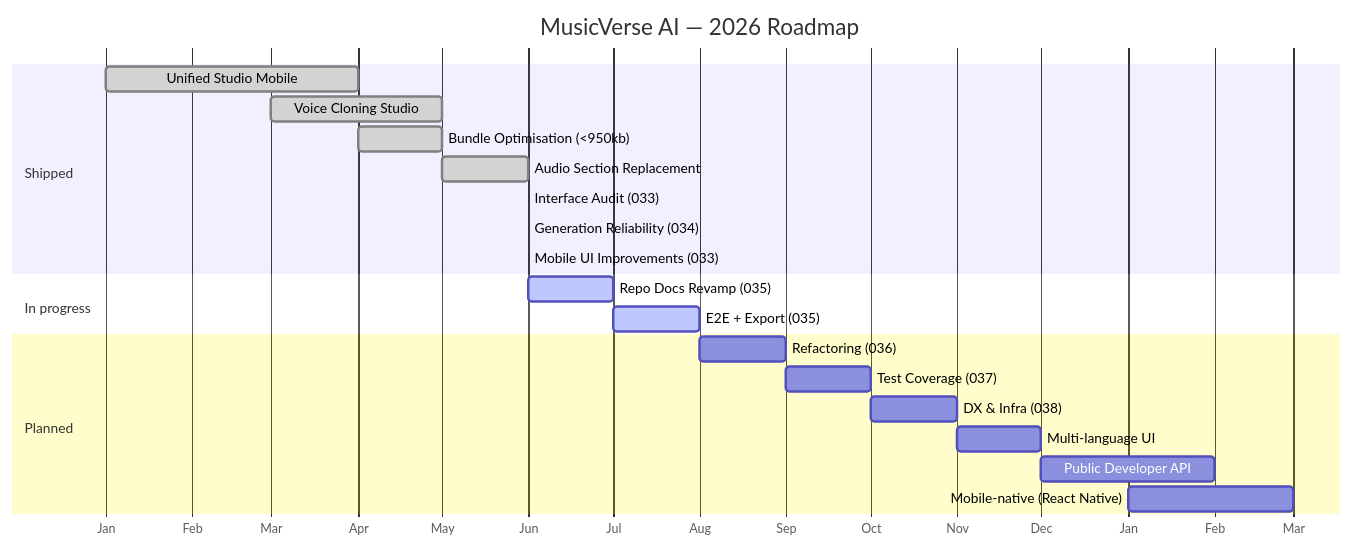
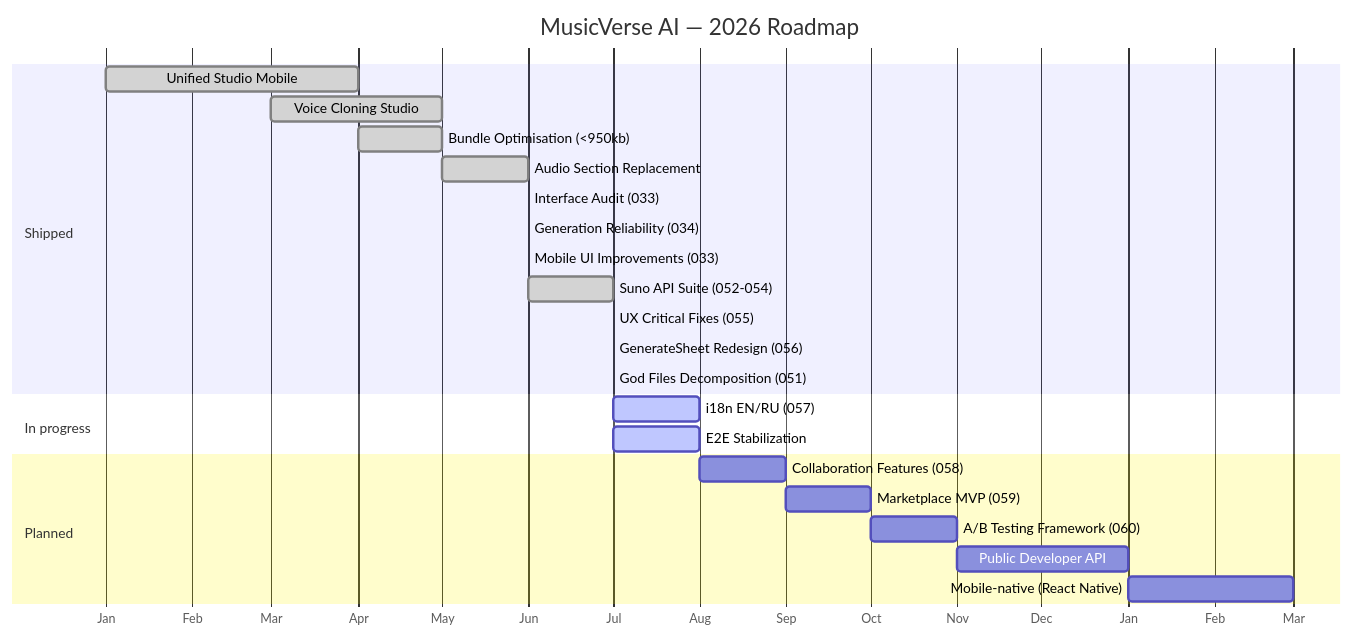
The diagram in ROADMAP.md (HOW2AI-AGENCY/aimusicverse), drawn with Mermaid before and after one commit. The commit also changed other lines of this file and 7 other files, not shown here.

Commit message:
docs: update roadmap and add i18n setup

````diff
--- a/ROADMAP.md
+++ b/ROADMAP.md
@@ -26,24 +27,27 @@
 ```mermaid
 gantt
     title MusicVerse AI — 2026 Roadmap
     dateFormat YYYY-MM
     axisFormat %b
     section Shipped
     Unified Studio Mobile        :done, 2026-01, 2026-04
     Voice Cloning Studio         :done, 2026-03, 2026-05
     Bundle Optimisation (<950kb) :done, 2026-04, 2026-05
     Audio Section Replacement    :done, 2026-05, 2026-06
     Interface Audit (033)        :done, 2026-06, 2026-06
     Generation Reliability (034) :done, 2026-06, 2026-06
-    Mobile UI Improvements (033)  :done, 2026-06, 2026-06
+    Mobile UI Improvements (033) :done, 2026-06, 2026-06
+    Suno API Suite (052-054)     :done, 2026-06, 2026-07
+    UX Critical Fixes (055)      :done, 2026-07, 2026-07
+    GenerateSheet Redesign (056) :done, 2026-07, 2026-07
+    God Files Decomposition (051):done, 2026-07, 2026-07
     section In progress
-    Repo Docs Revamp (035)        :active, 2026-06, 2026-07
-    E2E + Export (035)           :active, 2026-07, 2026-08
+    i18n EN/RU (057)             :active, 2026-07, 2026-08
+    E2E Stabilization            :active, 2026-07, 2026-08
     section Planned
-    Refactoring (036)            : 2026-08, 2026-09
-    Test Coverage (037)          : 2026-09, 2026-10
-    DX & Infra (038)             : 2026-10, 2026-11
-    Multi-language UI            : 2026-11, 2026-12
-    Public Developer API         : 2026-12, 2027-02
+    Collaboration Features (058) : 2026-08, 2026-09
+    Marketplace MVP (059)        : 2026-09, 2026-10
+    A/B Testing Framework (060)  : 2026-10, 2026-11
+    Public Developer API         : 2026-11, 2027-01
     Mobile-native (React Native) : 2027-01, 2027-03
 ```
````
